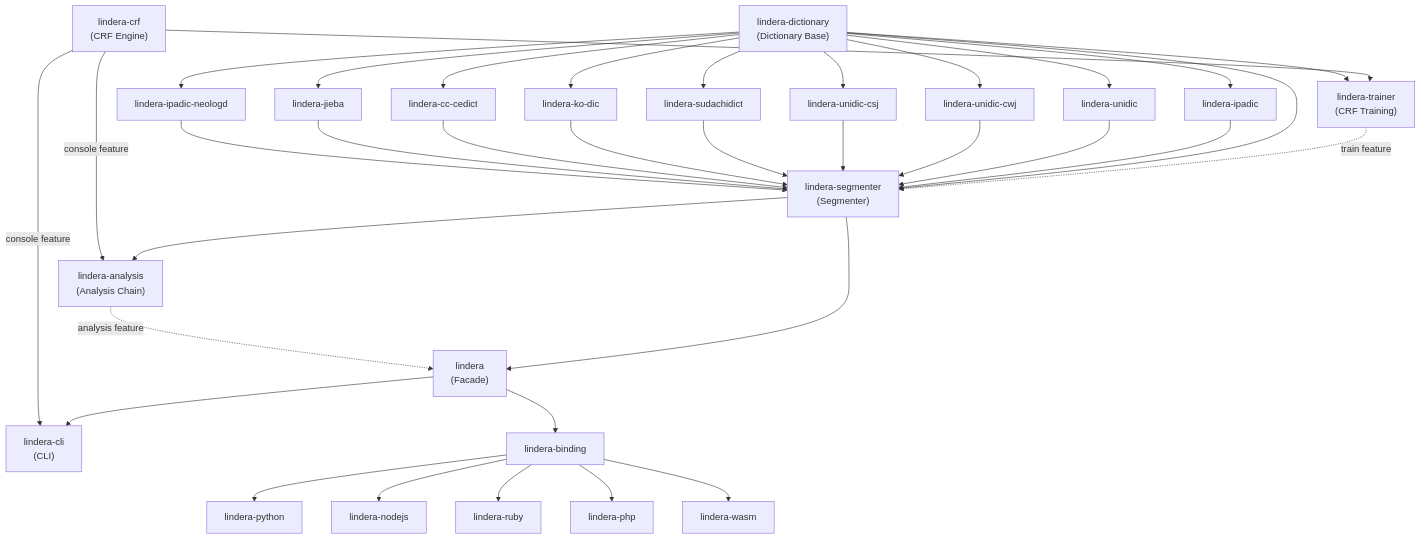
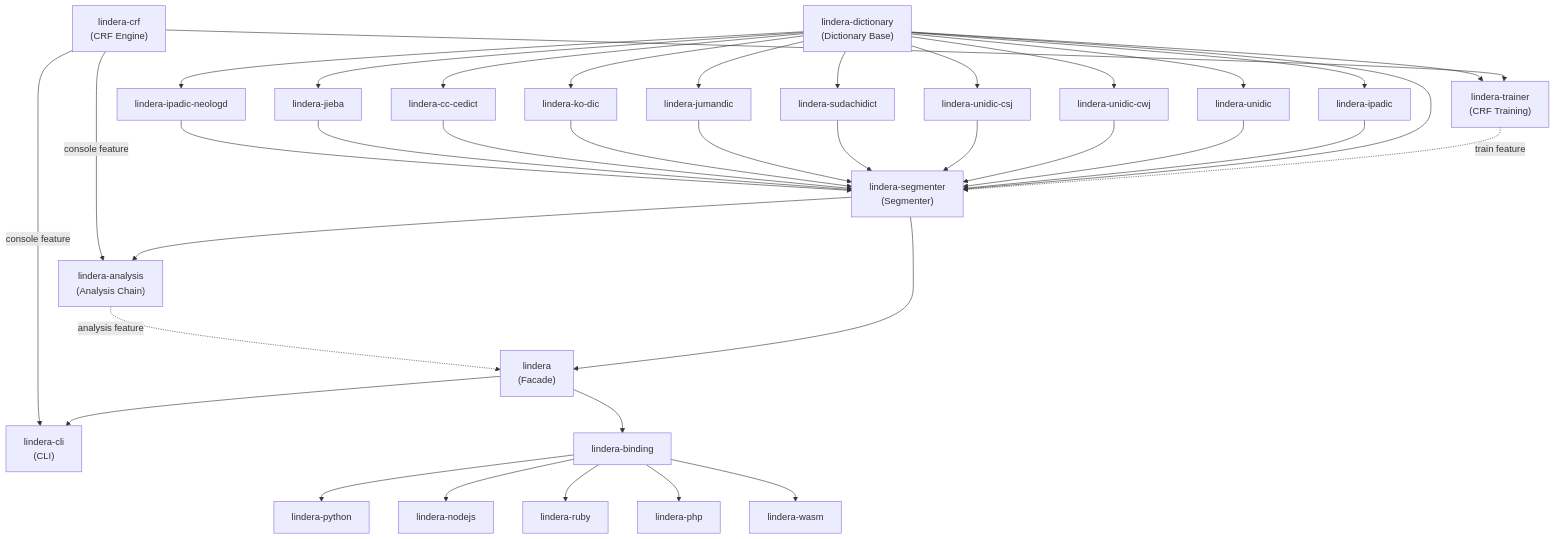
The diagram in docs/ja/src/architecture.md (lindera/lindera), drawn with Mermaid before and after one commit. The commit also changed other lines of this file and 90 other files, not shown here.

````diff
--- a/docs/ja/src/architecture.md
+++ b/docs/ja/src/architecture.md
@@ -7,60 +7,63 @@
 ```mermaid
 graph TB
     CRF["lindera-crf\n(CRF Engine)"]
     DICT["lindera-dictionary\n(Dictionary Base)"]
     TRAINER["lindera-trainer\n(CRF Training)"]
     IPADIC["lindera-ipadic"]
     UNIDIC["lindera-unidic"]
     UNIDICCWJ["lindera-unidic-cwj"]
     UNIDICCSJ["lindera-unidic-csj"]
     SUDACHIDICT["lindera-sudachidict"]
+    JUMANDIC["lindera-jumandic"]
     KODIC["lindera-ko-dic"]
     CCCEDICT["lindera-cc-cedict"]
     JIEBA["lindera-jieba"]
     NEOLOGD["lindera-ipadic-neologd"]
     SEGMENTER["lindera-segmenter\n(Segmenter)"]
     ANALYSIS["lindera-analysis\n(Analysis Chain)"]
     LIB["lindera\n(Facade)"]
     CLI["lindera-cli\n(CLI)"]
     BINDING["lindera-binding"]
     PY["lindera-python"]
     NODEJS["lindera-nodejs"]
     RUBY["lindera-ruby"]
     PHP["lindera-php"]
     WASM["lindera-wasm"]
 
     CRF --> TRAINER
     DICT --> TRAINER
     TRAINER -.->|"train feature"| SEGMENTER
     DICT --> IPADIC
     DICT --> UNIDIC
     DICT --> UNIDICCWJ
     DICT --> UNIDICCSJ
     DICT --> SUDACHIDICT
+    DICT --> JUMANDIC
     DICT --> KODIC
     DICT --> CCCEDICT
     DICT --> JIEBA
     DICT --> NEOLOGD
     DICT --> SEGMENTER
     IPADIC --> SEGMENTER
     UNIDIC --> SEGMENTER
     UNIDICCWJ --> SEGMENTER
     UNIDICCSJ --> SEGMENTER
     SUDACHIDICT --> SEGMENTER
+    JUMANDIC --> SEGMENTER
     KODIC --> SEGMENTER
     CCCEDICT --> SEGMENTER
     JIEBA --> SEGMENTER
     NEOLOGD --> SEGMENTER
     SEGMENTER --> ANALYSIS
     CRF -->|"console feature"| ANALYSIS
     SEGMENTER --> LIB
     ANALYSIS -.->|"analysis feature"| LIB
     LIB --> CLI
     CRF -->|"console feature"| CLI
     LIB --> BINDING
     BINDING --> PY
     BINDING --> NODEJS
     BINDING --> RUBY
     BINDING --> PHP
     BINDING --> WASM
 ```
````
